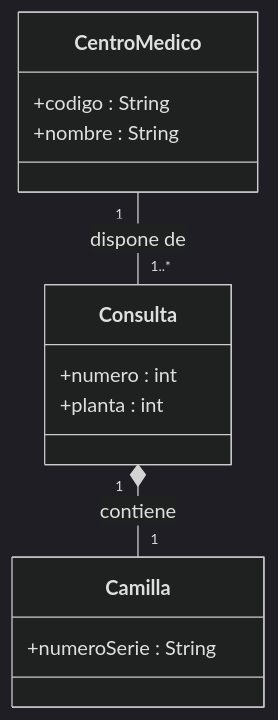
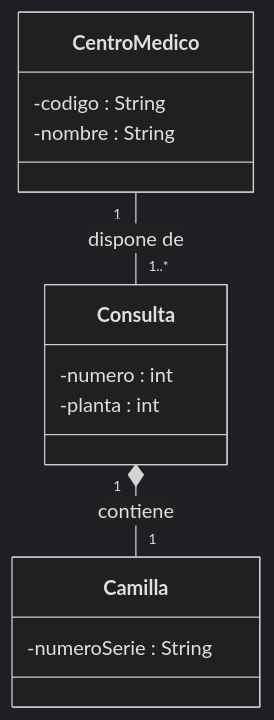
Before and after one commit to yurigo/POO-GES-2627: the first of 5 diagrams in sessions/session-09/UML.md, drawn with Mermaid (dark theme). The commit also changed other lines of this file, not shown here.

````diff
--- a/sessions/session-09/UML.md
+++ b/sessions/session-09/UML.md
@@ -5,19 +5,19 @@
 ```mermaid
 classDiagram
     class CentroMedico {
-        +codigo : String
-        +nombre : String
+        -codigo : String
+        -nombre : String
     }
 
     class Consulta {
-        +numero : int
-        +planta : int
+        -numero : int
+        -planta : int
     }
 
     class Camilla {
-        +numeroSerie : String
+        -numeroSerie : String
     }
 
     CentroMedico "1" -- "1..*" Consulta : dispone de
     Consulta "1" *-- "1" Camilla : contiene
 ```
````
